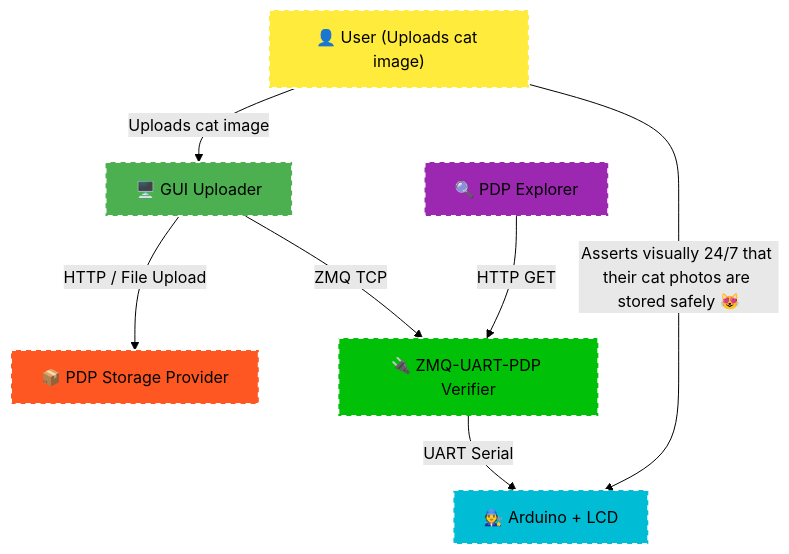
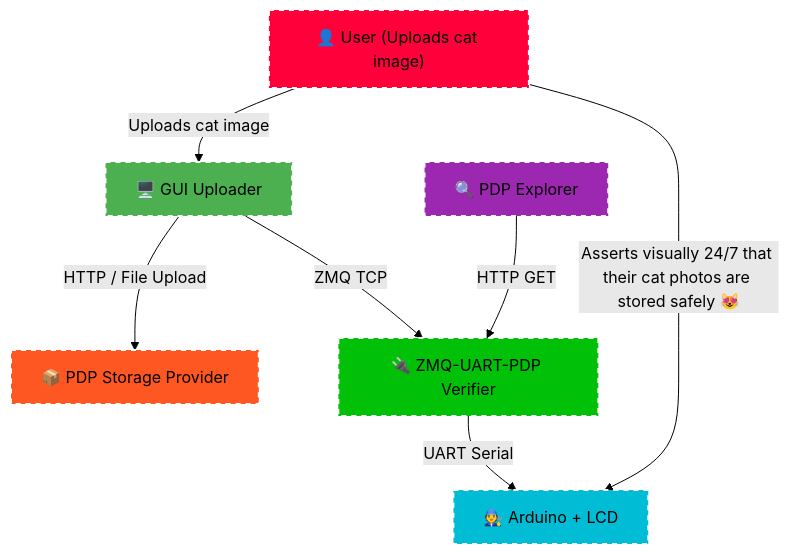
The diagram in README.md (LesnyRumcajs/pdp-hackathon), drawn with Mermaid (forest theme) before and after one commit.

````diff
--- a/README.md
+++ b/README.md
@@ -3,30 +3,30 @@
 ```mermaid
 flowchart TD
     %% Style Nodes
     style GUI fill:#4CAF50,stroke:#ffffff,stroke-width:2px,stroke-dasharray: 5,10
     style SP fill:#FF5722,stroke:#ffffff,stroke-width:2px,stroke-dasharray: 5,10
     style Verifier fill:#00C107,stroke:#ffffff,stroke-width:2px,stroke-dasharray: 5,10
     style Arduino fill:#00BCD4,stroke:#ffffff,stroke-width:2px,stroke-dasharray: 5,10
     style Explorer fill:#9C27B0,stroke:#ffffff,stroke-width:2px,stroke-dasharray: 5,10
-    style User fill:#FFEB3B,stroke:#ffffff,stroke-width:2px,stroke-dasharray: 5,10
+    style User fill:#FF003B,stroke:#ffffff,stroke-width:2px,stroke-dasharray: 5,10
     
     %% Nodes Definition with Emojis
     User["👤 User (Uploads cat image)"]
     GUI["🖥️ GUI Uploader"]
     SP["📦 PDP Storage Provider"]
     Verifier["🔌 ZMQ-UART-PDP Verifier"]
     Arduino["🧑‍🔧 Arduino + LCD"]
     Explorer["🔍 PDP Explorer"]
 
     %% Arrows Definition
     User -->|Uploads cat image| GUI
     GUI -->|HTTP / File Upload| SP
     GUI -->|ZMQ TCP| Verifier
     Verifier -->|UART Serial| Arduino
     Explorer -->|HTTP GET| Verifier
     User -->|Asserts visually 24/7 that their cat photos are stored safely 😻| Arduino
 
     %% Add Bold to Key Arrows for Emphasis
     classDef keyArrow fill:#FFC107,stroke:#FF5722,stroke-width:3px;
     class GUI,SP,Verifier,Arduino,Explorer keyArrow
 ```
````
